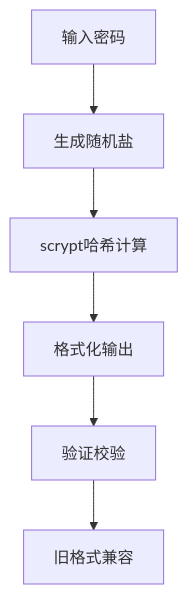
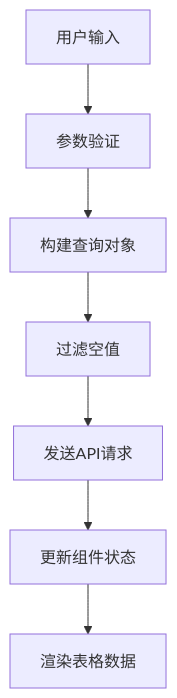
Before and after one commit to q446328246/agri-platform: diagram 22 of 28 in .qoder/repowiki/zh/content/测试策略/测试策略.md, drawn with Mermaid. The commit also changed other lines of this file and 35 other files, not shown here.

````diff
--- a/.qoder/repowiki/zh/content/测试策略/测试策略.md
+++ b/.qoder/repowiki/zh/content/测试策略/测试策略.md
@@ -627,8 +654,9 @@
 ```mermaid
 flowchart TD
-Password["输入密码"] --> RandomSalt["生成随机盐"]
-RandomSalt --> ScryptHash["scrypt哈希计算"]
-ScryptHash --> FormatOutput["格式化输出"]
-FormatOutput --> VerifyCheck["验证校验"]
-VerifyCheck --> LegacyCompat["旧格式兼容"]
+Input["用户输入"] --> ValidateParams["参数验证"]
+ValidateParams --> BuildQuery["构建查询对象"]
+BuildQuery --> FilterEmpty["过滤空值"]
+FilterEmpty --> SendRequest["发送API请求"]
+SendRequest --> UpdateState["更新组件状态"]
+UpdateState --> RenderTable["渲染表格数据"]
 ```
````
